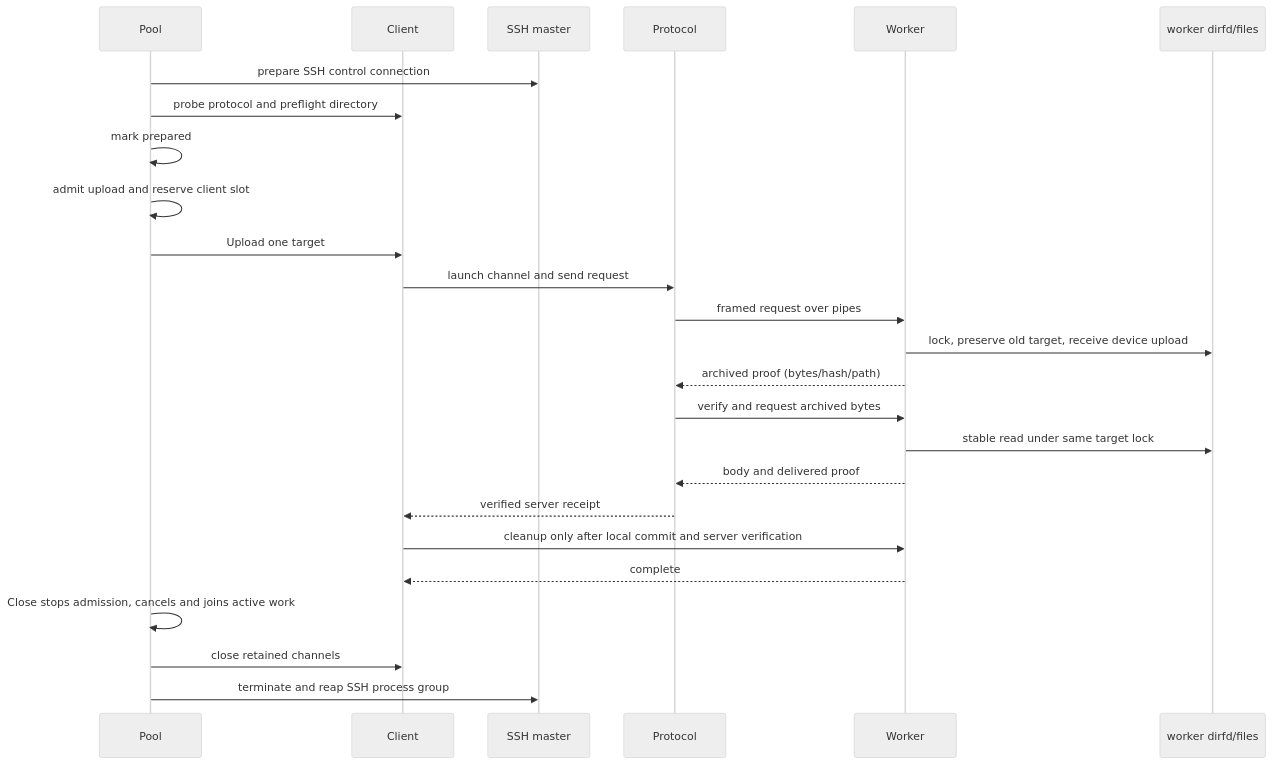
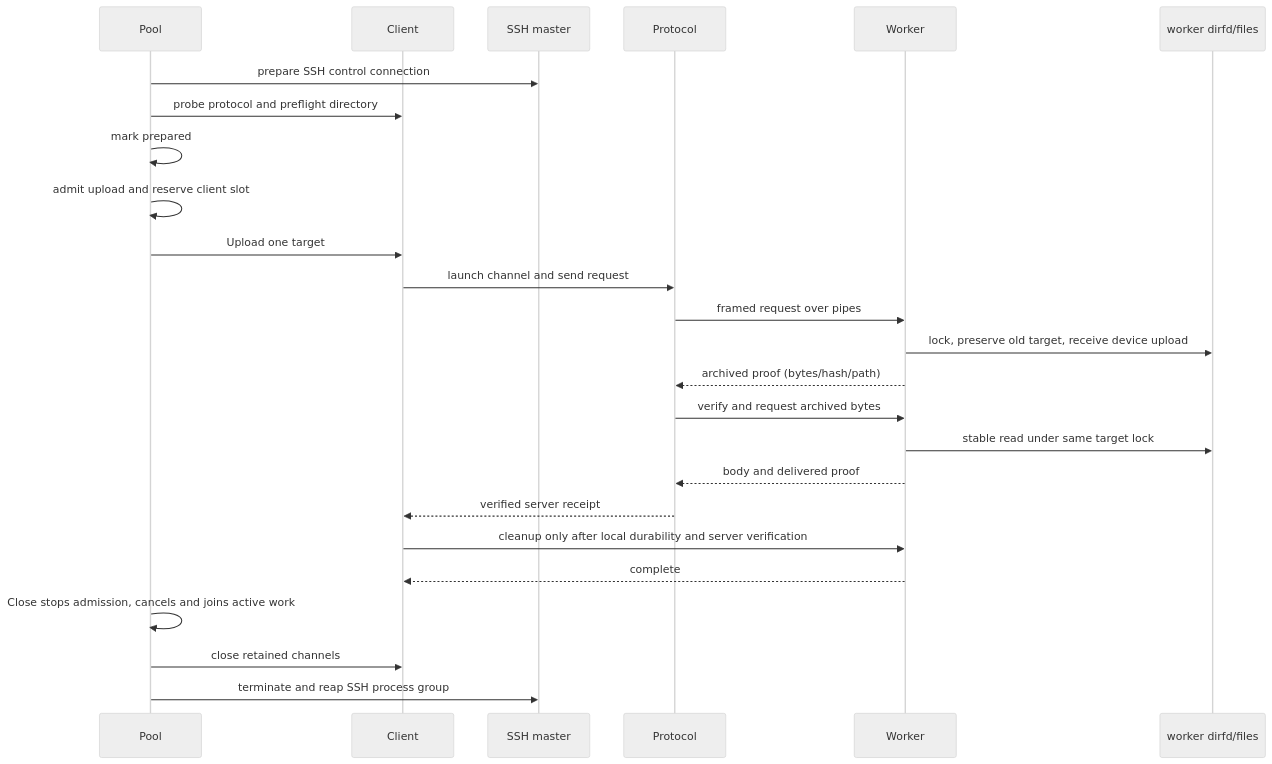
The second of 2 diagrams in docs/architecture.md (gatework/go-net-connector), drawn with Mermaid (neutral theme) before and after one commit. The commit also changed other lines of this file and 62 other files, not shown here.

````diff
--- a/docs/architecture.md
+++ b/docs/architecture.md
@@ -47,27 +47,27 @@
 ```mermaid
 sequenceDiagram
   participant Pool
   participant Client
   participant Master as SSH master
   participant Protocol
   participant Worker
   participant Files as worker dirfd/files
   Pool->>Master: prepare SSH control connection
   Pool->>Client: probe protocol and preflight directory
   Pool->>Pool: mark prepared
   Pool->>Pool: admit upload and reserve client slot
   Pool->>Client: Upload one target
   Client->>Protocol: launch channel and send request
   Protocol->>Worker: framed request over pipes
   Worker->>Files: lock, preserve old target, receive device upload
   Worker-->>Protocol: archived proof (bytes/hash/path)
   Protocol->>Worker: verify and request archived bytes
   Worker->>Files: stable read under same target lock
   Worker-->>Protocol: body and delivered proof
   Protocol-->>Client: verified server receipt
-  Client->>Worker: cleanup only after local commit and server verification
+  Client->>Worker: cleanup only after local durability and server verification
   Worker-->>Client: complete
   Pool->>Pool: Close stops admission, cancels and joins active work
   Pool->>Client: close retained channels
   Pool->>Master: terminate and reap SSH process group
 ```
````
